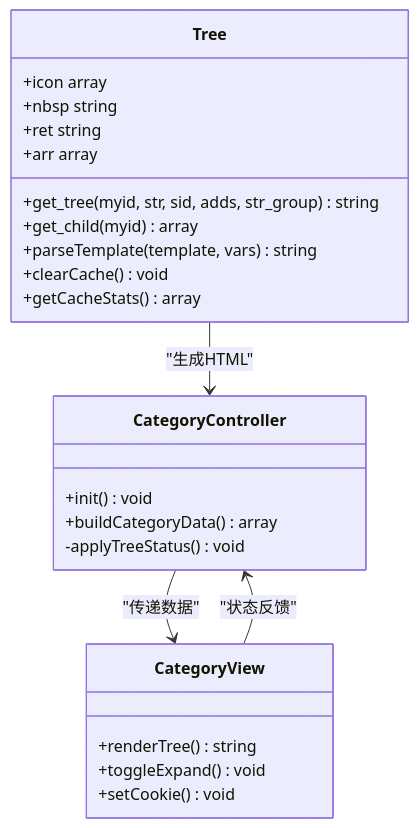
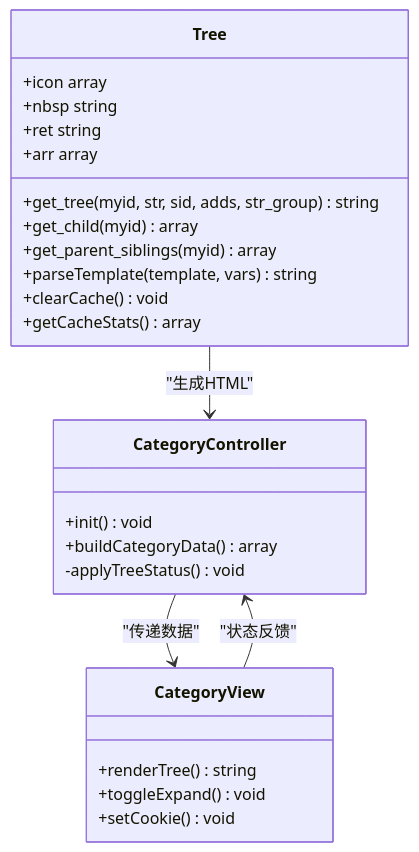
Before and after one commit to lirongyaoper/lryblog.com: the fifth of 7 diagrams in .qoder/repowiki/zh/content/后台管理模块/分类管理/分类树形结构管理.md, drawn with Mermaid. The commit also changed other lines of this file and 3 other files, not shown here.

````diff
--- a/.qoder/repowiki/zh/content/后台管理模块/分类管理/分类树形结构管理.md
+++ b/.qoder/repowiki/zh/content/后台管理模块/分类管理/分类树形结构管理.md
@@ -228,27 +239,28 @@
 ```mermaid
 classDiagram
 class Tree {
 +icon array
 +nbsp string
 +ret string
 +arr array
 +get_tree(myid, str, sid, adds, str_group) string
 +get_child(myid) array
++get_parent_siblings(myid) array
 +parseTemplate(template, vars) string
 +clearCache() void
 +getCacheStats() array
 }
 class CategoryController {
 +init() void
 +buildCategoryData() array
 -applyTreeStatus() void
 }
 class CategoryView {
 +renderTree() string
 +toggleExpand() void
 +setCookie() void
 }
 Tree --> CategoryController : "生成HTML"
 CategoryController --> CategoryView : "传递数据"
 CategoryView --> CategoryController : "状态反馈"
 ```
````
